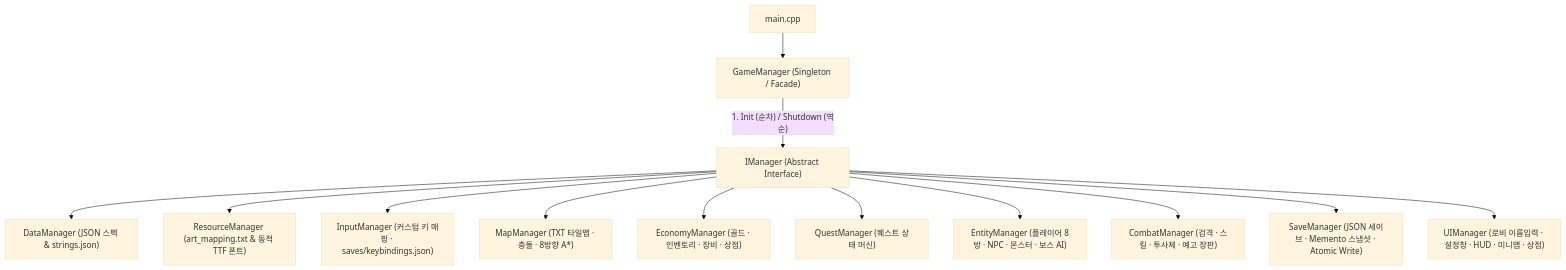
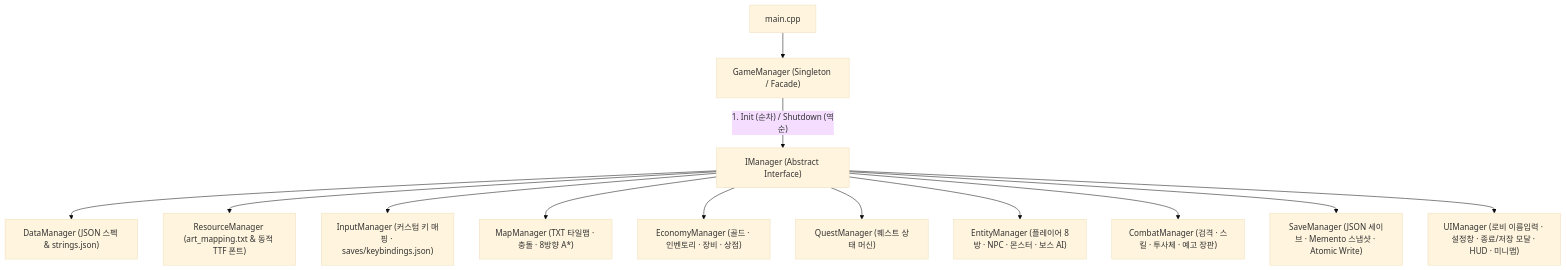
The diagram in README.md (Leehague/FromAIOnlyclientLLMGameProj), drawn with Mermaid (base theme) before and after one commit. The commit also changed other lines of this file and 7 other files, not shown here.

````diff
--- a/README.md
+++ b/README.md
@@ -42,15 +42,15 @@
 ```mermaid
 flowchart TD
     Main["main.cpp"] --> GM["GameManager (Singleton / Facade)"]
     GM -->|"1. Init (순차) / Shutdown (역순)"| IM["IManager (Abstract Interface)"]
     IM --> DM["DataManager (JSON 스펙 & strings.json)"]
     IM --> RM["ResourceManager (art_mapping.txt & 동적 TTF 폰트)"]
     IM --> InM["InputManager (커스텀 키 매핑 · saves/keybindings.json)"]
     IM --> MM["MapManager (TXT 타일맵 · 충돌 · 8방향 A*)"]
     IM --> EcoM["EconomyManager (골드 · 인벤토리 · 장비 · 상점)"]
     IM --> QM["QuestManager (퀘스트 상태 머신)"]
     IM --> EM["EntityManager (플레이어 8방 · NPC · 몬스터 · 보스 AI)"]
     IM --> CM["CombatManager (검격 · 스킬 · 투사체 · 예고 장판)"]
     IM --> SM["SaveManager (JSON 세이브 · Memento 스냅샷 · Atomic Write)"]
-    IM --> UIM["UIManager (로비 이름입력 · 설정창 · HUD · 미니맵 · 상점)"]
+    IM --> UIM["UIManager (로비 이름입력 · 설정창 · 종료/저장 모달 · HUD · 미니맵)"]
 ```
````
